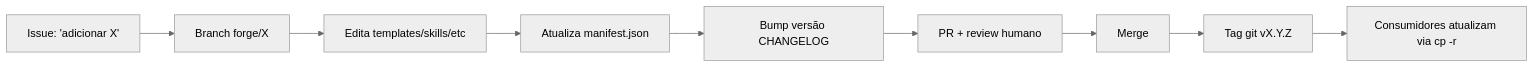
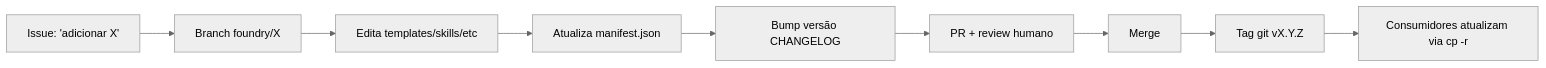
Before and after one commit to rafaelnovaes22/agent-governance-framework: the third of 3 diagrams in ARCHITECTURE.md, drawn with Mermaid (neutral theme). The commit also changed other lines of this file and 242 other files, not shown here.

First line of the commit message:
Rebrand: Acme -> Novais Digital, Forge -> Foundry

````diff
--- a/ARCHITECTURE.md
+++ b/ARCHITECTURE.md
@@ -79,11 +79,11 @@
 ```mermaid
 graph LR
-    A[Issue: 'adicionar X'] --> B[Branch forge/X]
+    A[Issue: 'adicionar X'] --> B[Branch foundry/X]
     B --> C[Edita templates/skills/etc]
     C --> D[Atualiza manifest.json]
     D --> E[Bump versão CHANGELOG]
     E --> F[PR + review humano]
     F --> G[Merge]
     G --> H[Tag git vX.Y.Z]
     H --> I[Consumidores atualizam via cp -r]
 ```
````
